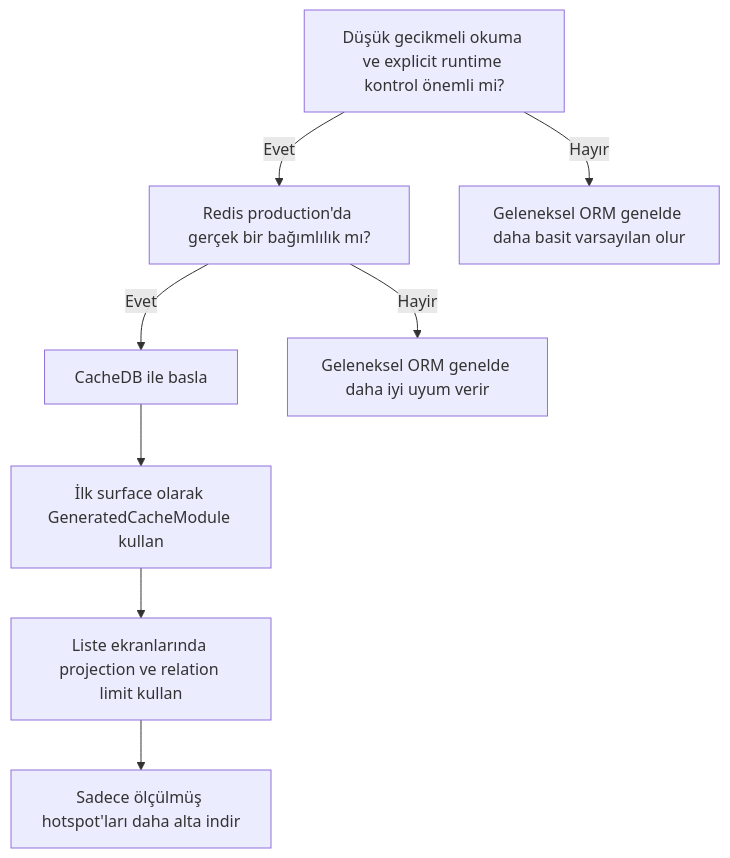
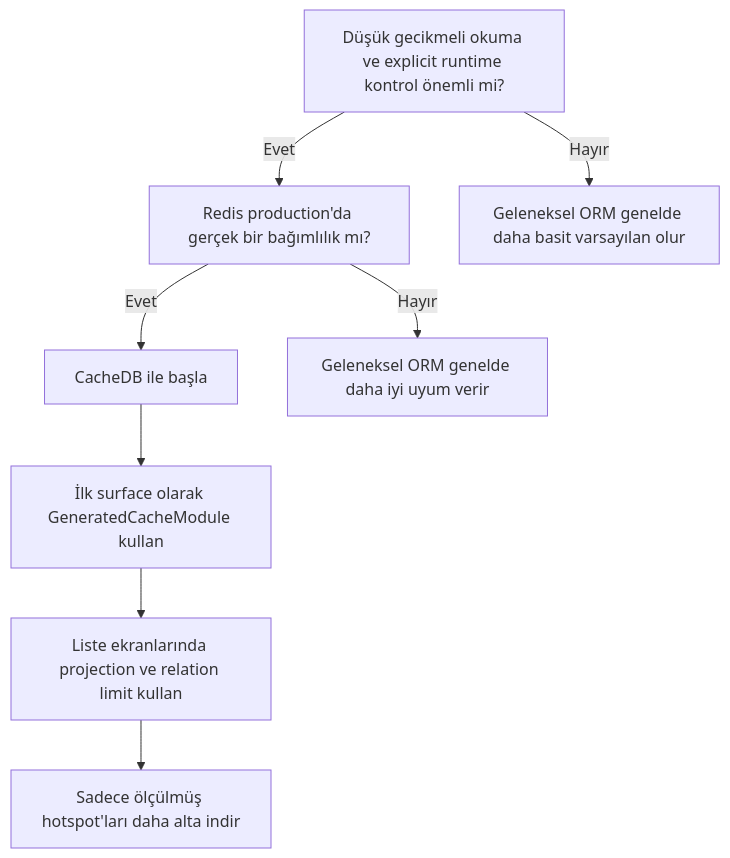
Before and after one commit to esasmer-dou/cache-database: the diagram in tr/README.md, drawn with Mermaid. The commit also changed other lines of this file and 2 other files, not shown here.

````diff
--- a/tr/README.md
+++ b/tr/README.md
@@ -231,10 +231,10 @@
 ```mermaid
 flowchart TD
     A["Düşük gecikmeli okuma ve explicit runtime kontrol önemli mi?"] -->|Evet| B["Redis production'da gerçek bir bağımlılık mı?"]
     A -->|Hayır| C["Geleneksel ORM genelde daha basit varsayılan olur"]
-    B -->|Evet| D["CacheDB ile basla"]
-    B -->|Hayir| E["Geleneksel ORM genelde daha iyi uyum verir"]
+    B -->|Evet| D["CacheDB ile başla"]
+    B -->|Hayır| E["Geleneksel ORM genelde daha iyi uyum verir"]
     D --> F["İlk surface olarak GeneratedCacheModule kullan"]
     F --> G["Liste ekranlarında projection ve relation limit kullan"]
     G --> H["Sadece ölçülmüş hotspot'ları daha alta indir"]
 ```
````
